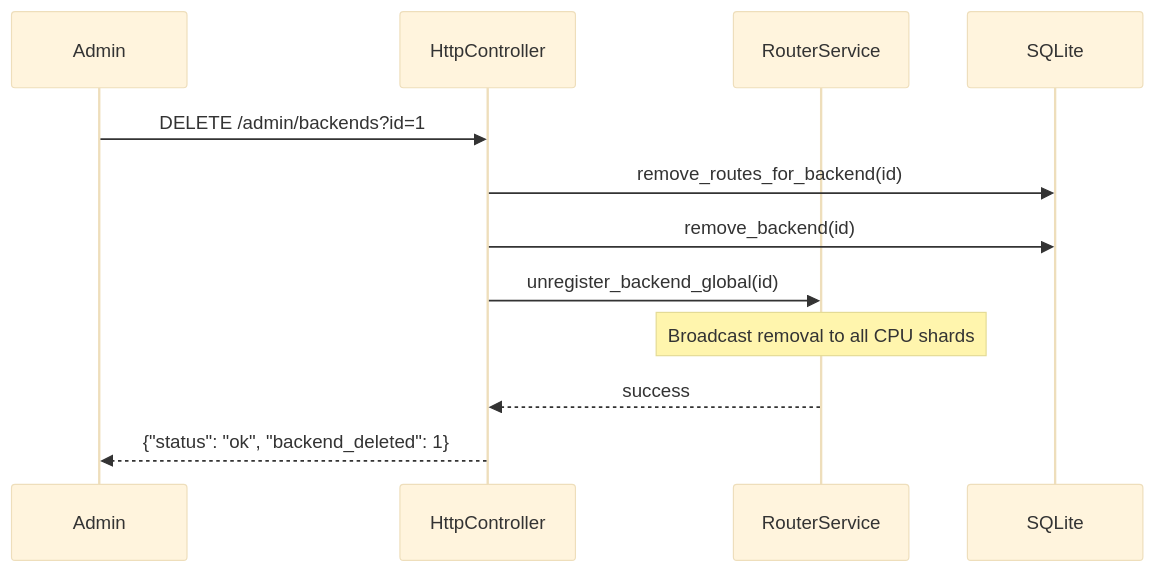
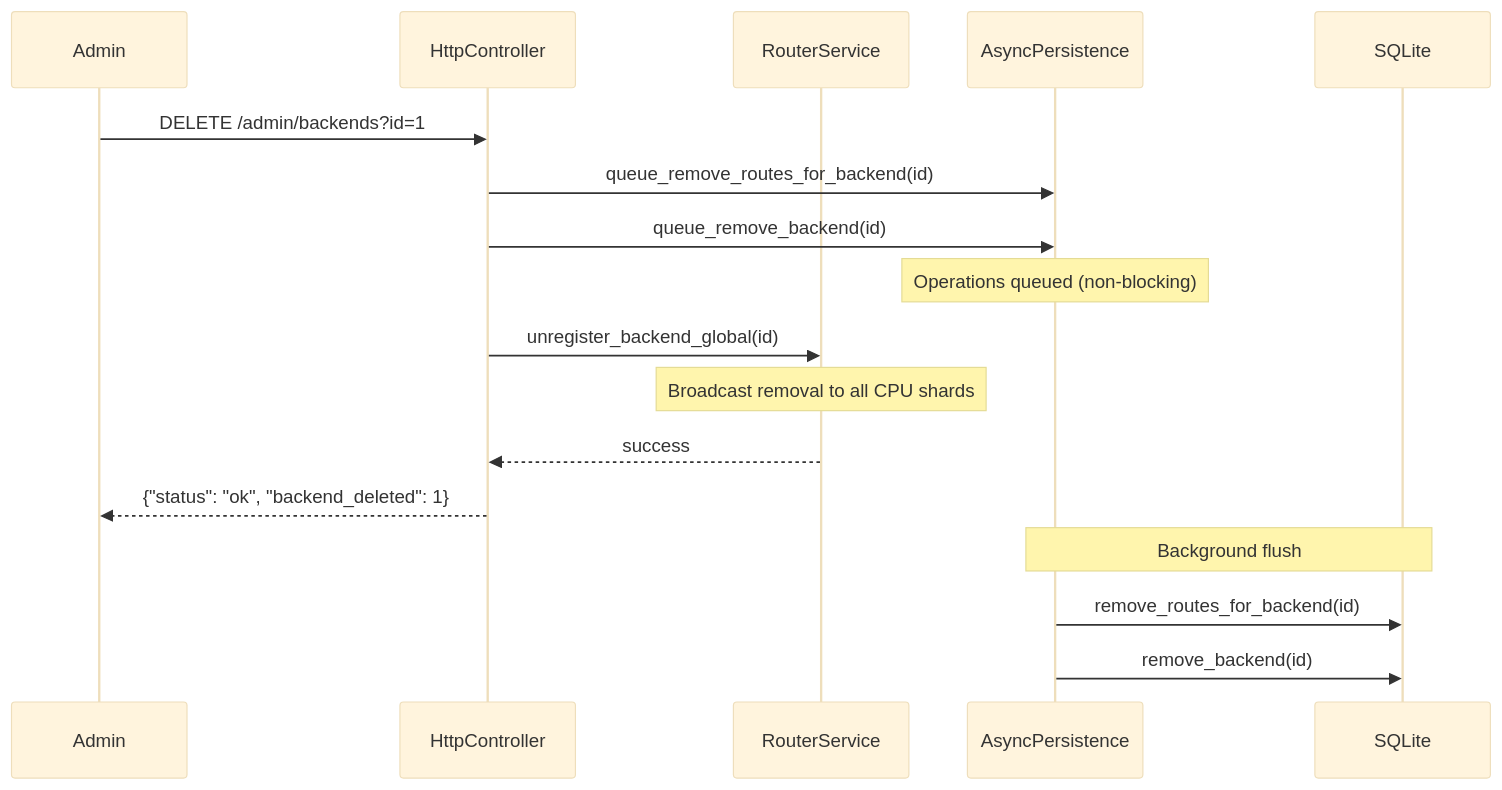
The third of 4 diagrams in docs/request-flow.md (Ranvier-Systems/ranvier-core), drawn with Mermaid (base theme) before and after one commit. The commit also changed other lines of this file and 2 other files, not shown here.

First line of the commit message:
docs: add async persistence documentation

````diff
--- a/docs/request-flow.md
+++ b/docs/request-flow.md
@@ -90,17 +101,23 @@
 ```mermaid
 sequenceDiagram
     participant Admin
     participant HTTP as HttpController
     participant RS as RouterService
+    participant APM as AsyncPersistence
     participant PS as SQLite
 
     Admin->>HTTP: DELETE /admin/backends?id=1
-    HTTP->>PS: remove_routes_for_backend(id)
-    HTTP->>PS: remove_backend(id)
+    HTTP->>APM: queue_remove_routes_for_backend(id)
+    HTTP->>APM: queue_remove_backend(id)
+    Note over APM: Operations queued (non-blocking)
     HTTP->>RS: unregister_backend_global(id)
 
     Note over RS: Broadcast removal to all CPU shards
 
     RS-->>HTTP: success
     HTTP-->>Admin: {"status": "ok", "backend_deleted": 1}
+
+    Note over APM,PS: Background flush
+    APM->>PS: remove_routes_for_backend(id)
+    APM->>PS: remove_backend(id)
 ```
````
